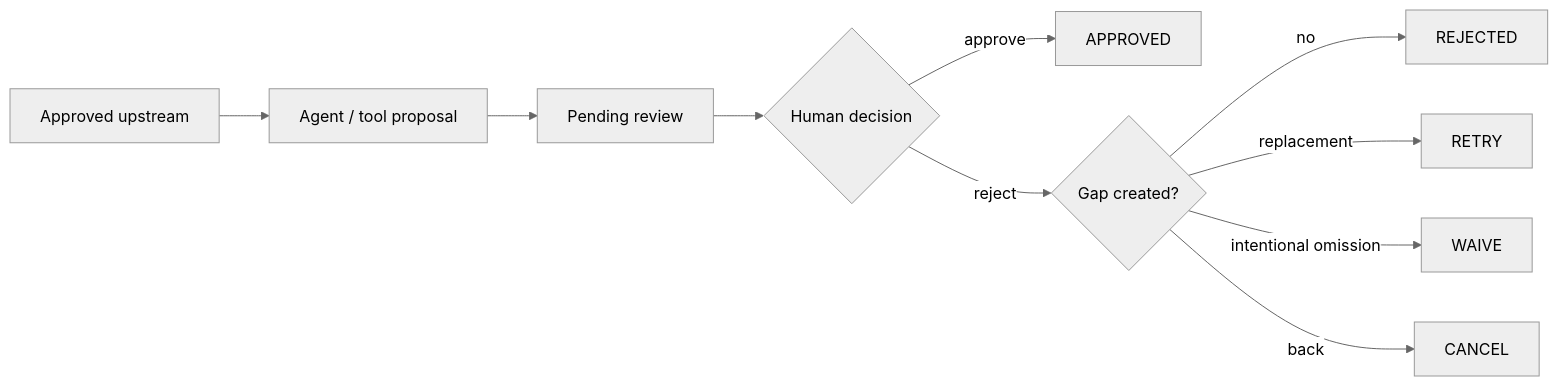
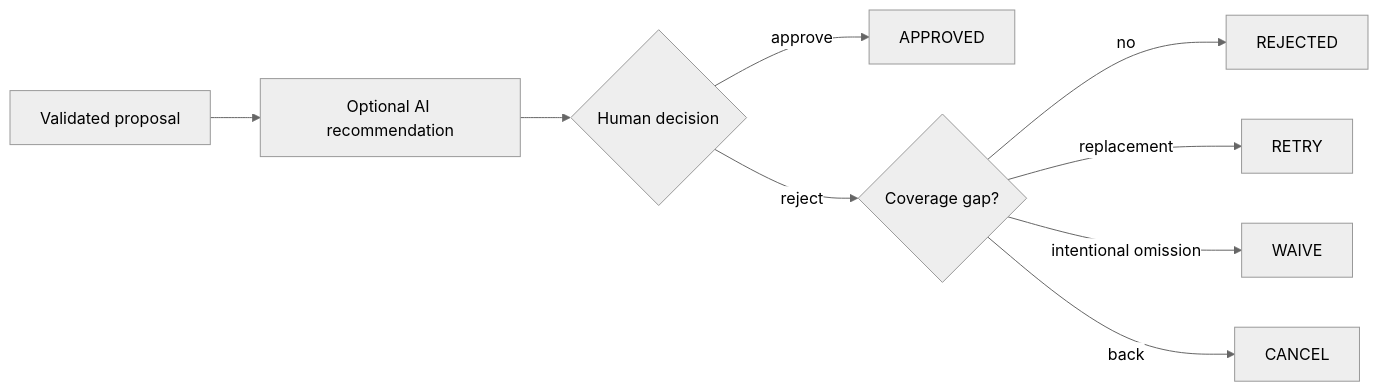
One commit to amin076/tital changed the third of 4 diagrams in docs/architecture/workflow-architecture.md. Above: the diagram before and after it, drawn with Mermaid (neutral theme). The commit also changed other lines of this file, not shown here.

Commit message:
docs: update workflow architecture for compact review and revisions

````diff
--- a/docs/architecture/workflow-architecture.md
+++ b/docs/architecture/workflow-architecture.md
@@ -75,21 +100,20 @@
 ```mermaid
 graph LR
-    A[Approved upstream]
-    M[Agent / tool proposal]
-    R[Pending review]
+    M[Validated proposal]
+    AI[Optional AI recommendation]
     H{Human decision}
     OK[APPROVED]
     NO[REJECTED]
-    G{Gap created?}
+    G{Coverage gap?}
     RT[RETRY]
     W[WAIVE]
     C[CANCEL]
 
-    A --> M --> R --> H
+    M --> AI --> H
     H -->|approve| OK
     H -->|reject| G
     G -->|no| NO
     G -->|replacement| RT
     G -->|intentional omission| W
     G -->|back| C
 ```
````
